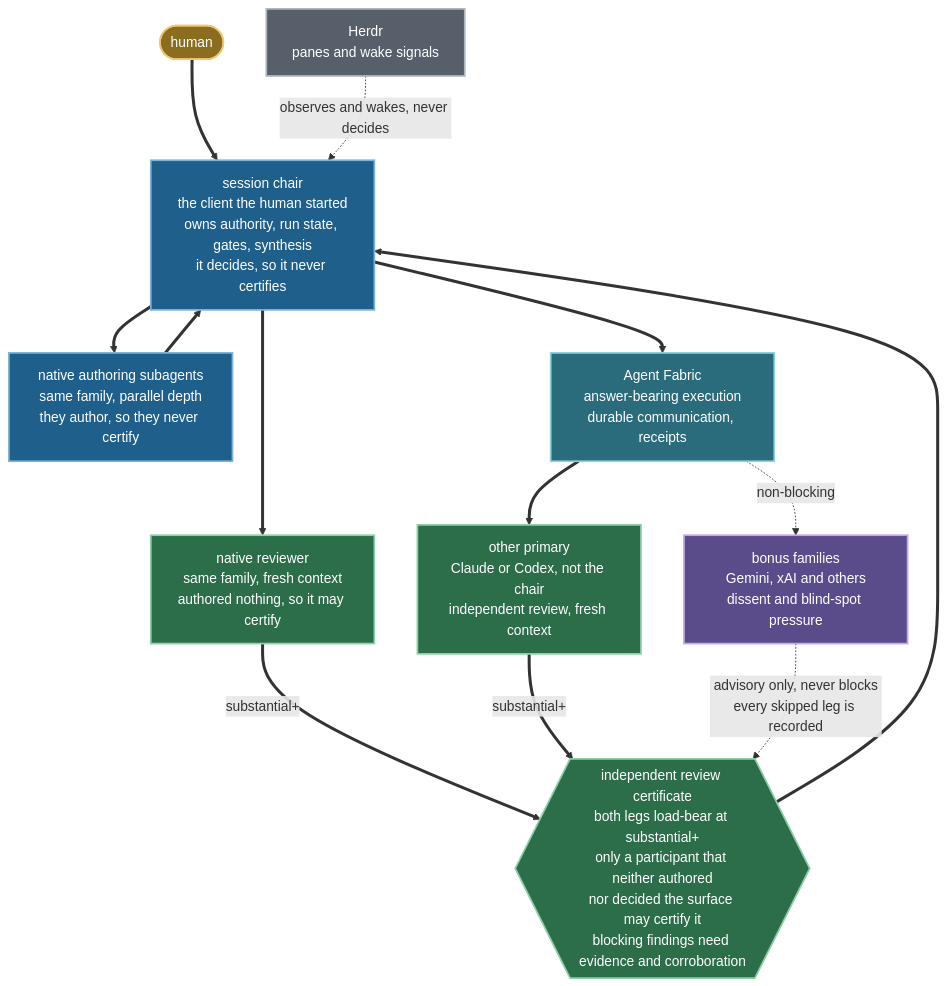
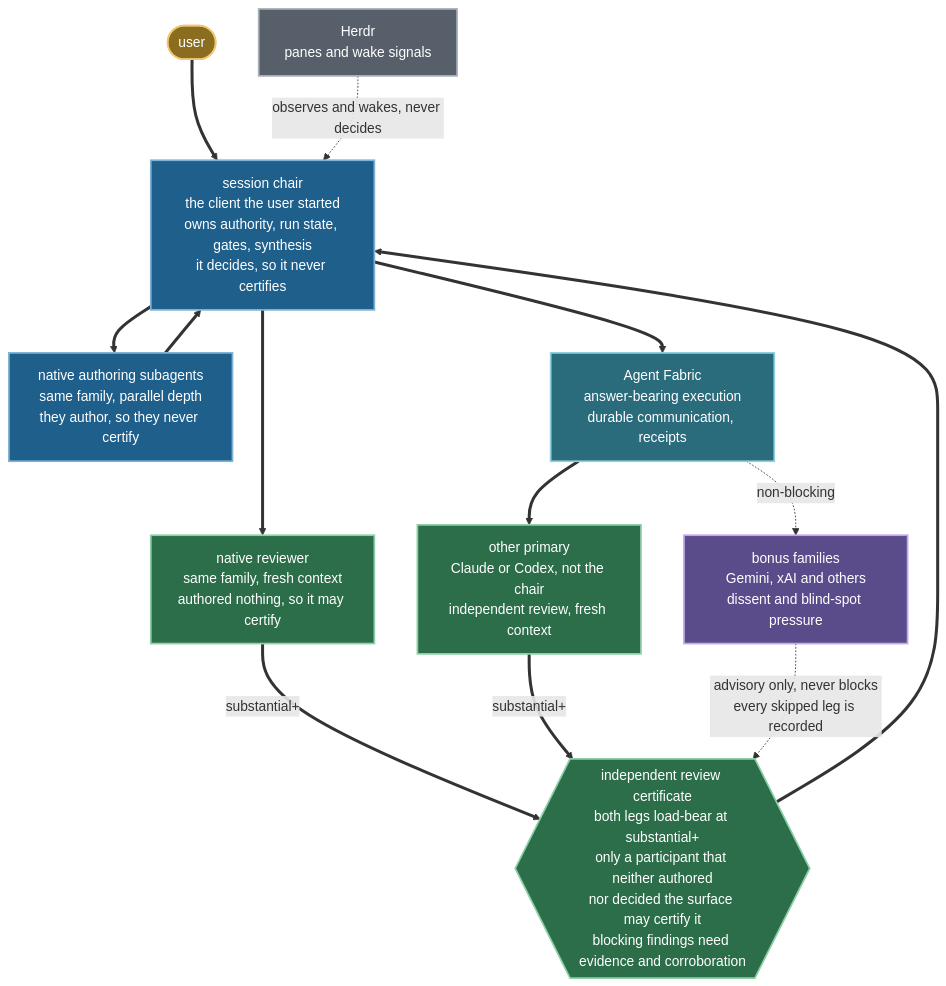
The third of 3 diagrams in docs/ARCHITECTURE.md (mblauberg/agent-harness), drawn with Mermaid before and after one commit. The commit also changed other lines of this file and 9 other files, not shown here.

````diff
--- a/docs/ARCHITECTURE.md
+++ b/docs/ARCHITECTURE.md
@@ -255,37 +255,37 @@
 ```mermaid
 flowchart TB
     accTitle: Review topology, blocking and non-blocking legs
-    accDescr: The human starts one client, and that client is the session chair. The chair fans out to native authoring subagents in its own family for parallel depth; because they write the work they may never certify it, and neither may the chair, which decides. Review then runs on two load-bearing legs from the substantial tier upwards. The first is a fresh-context native reviewer in the chair's own family that never authored the surface under review. The second reaches the other primary family through Agent Fabric. Both legs are drawn solid because either can block the run, and the delivery validator rejects a receipt that reaches acceptance missing either one. Bonus families such as Gemini and xAI attach through the same fabric as advisory pressure, drawn dashed because they never block on absence, quota or failure; a skipped leg is recorded. Herdr observes and wakes, drawn dotted, and never decides. Only a participant that neither authored nor decided the surface may sign the certificate.
-    HU(["human"]) ==> CH
+    accDescr: The user starts one client, and that client is the session chair. The chair fans out to native authoring subagents in its own family for parallel depth; because they write the work they may never certify it, and neither may the chair, which decides. Review then runs on two load-bearing legs from the substantial tier upwards. The first is a fresh-context native reviewer in the chair's own family that never authored the surface under review. The second reaches the other primary family through Agent Fabric. Both legs are drawn solid because either can block the run, and the delivery validator rejects a receipt that reaches acceptance missing either one. Bonus families such as Gemini and xAI attach through the same fabric as advisory pressure, drawn dashed because they never block on absence, quota or failure; a skipped leg is recorded. Herdr observes and wakes, drawn dotted, and never decides. Only a participant that neither authored nor decided the surface may sign the certificate.
+    HU(["user"]) ==> CH
 
-    CH["session chair<br/>the client the human started<br/>owns authority, run state, gates, synthesis<br/>it decides, so it never certifies"]
+    CH["session chair<br/>the client the user started<br/>owns authority, run state, gates, synthesis<br/>it decides, so it never certifies"]
 
     CH ==> SUB["native authoring subagents<br/>same family, parallel depth<br/>they author, so they never certify"]
     SUB ==> CH
 
     CH ==> NRV["native reviewer<br/>same family, fresh context<br/>authored nothing, so it may certify"]
     CH ==> AF["Agent Fabric<br/>answer-bearing execution<br/>durable communication, receipts"]
 
     AF ==> OP["other primary<br/>Claude or Codex, not the chair<br/>independent review, fresh context"]
     AF -. "non-blocking" .-> BF["bonus families<br/>Gemini, xAI and others<br/>dissent and blind-spot pressure"]
 
     NRV == "substantial+" ==> CERT{{"independent review certificate<br/>both legs load-bear at substantial+<br/>only a participant that neither authored<br/>nor decided the surface may certify it<br/>blocking findings need evidence and corroboration"}}
     OP == "substantial+" ==> CERT
     BF -. "advisory only, never blocks<br/>every skipped leg is recorded" .-> CERT
 
     CERT ==> CH
     HD["Herdr<br/>panes and wake signals"] -. "observes and wakes, never decides" .-> CH
 
-    classDef human fill:#8a6d1f,stroke:#f0c674,color:#ffffff,stroke-width:2px
+    classDef user fill:#8a6d1f,stroke:#f0c674,color:#ffffff,stroke-width:2px
     classDef actor fill:#1f5f8b,stroke:#7fb3d5,color:#ffffff,stroke-width:2px
     classDef transport fill:#2a6b7c,stroke:#8fcfdd,color:#ffffff,stroke-width:2px
     classDef blocking fill:#2c6e49,stroke:#8fd0aa,color:#ffffff,stroke-width:2px
     classDef advisory fill:#5a4b8a,stroke:#c0a8e8,color:#ffffff,stroke-width:2px
     classDef inert fill:#57606a,stroke:#adb5bd,color:#ffffff,stroke-width:2px
-    class HU human
+    class HU user
     class CH,SUB actor
     class AF transport
     class NRV,OP,CERT blocking
     class BF advisory
     class HD inert
 ```
````
